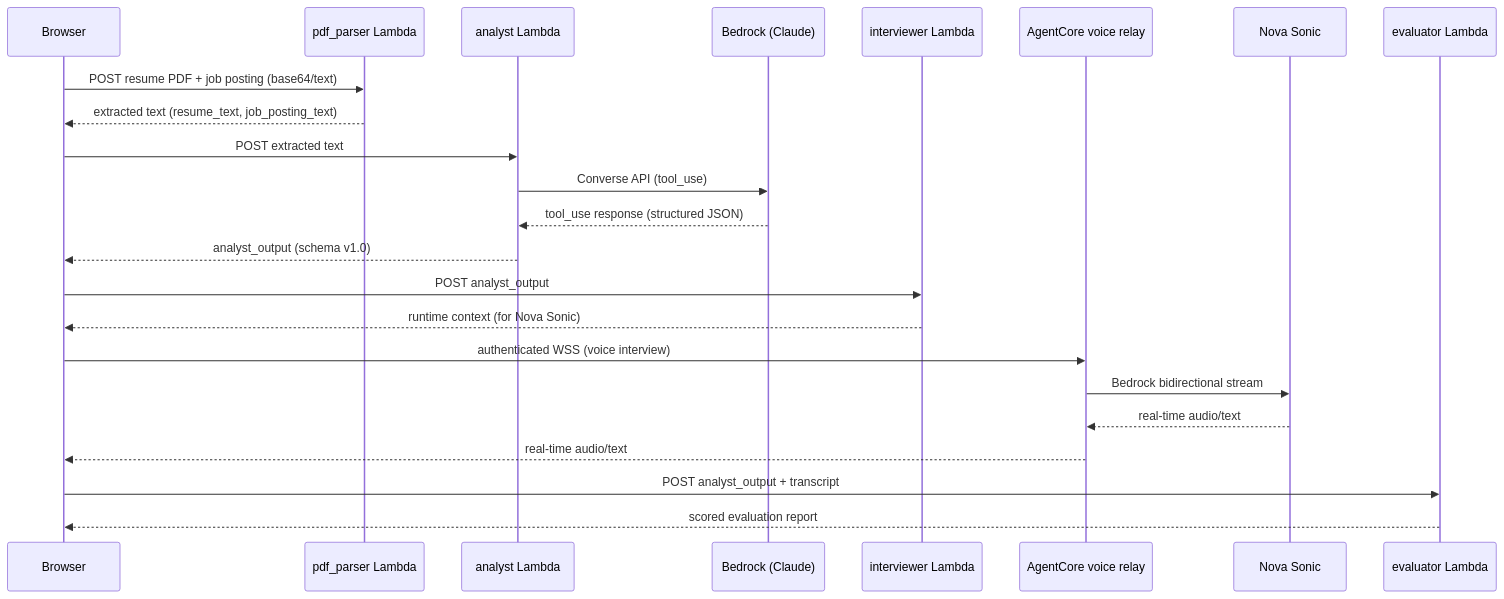
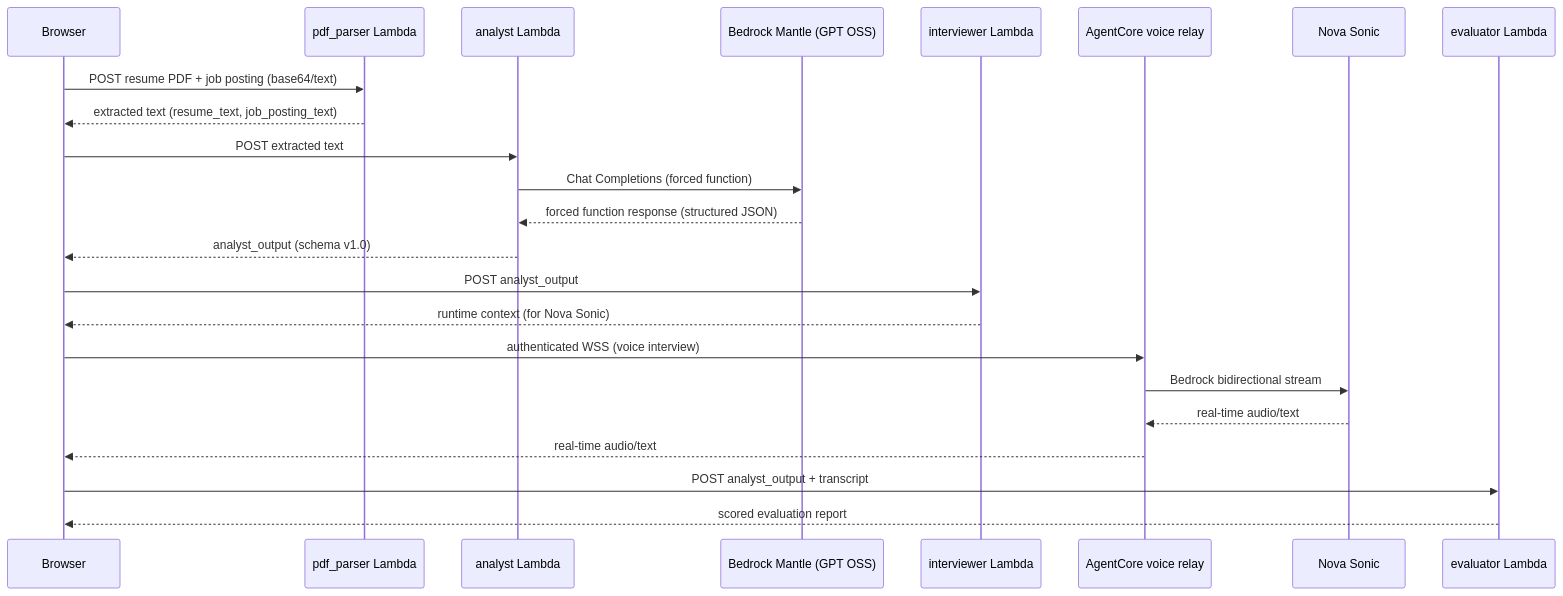
The first of 2 diagrams in .kiro/specs/resume-analysis-pipeline/design.md (Jade-ok/CIC_mock-interview-coach), drawn with Mermaid before and after one commit. The commit also changed other lines of this file and 34 other files, not shown here.

Commit message:
change model to gpt oss 120b

````diff
--- a/.kiro/specs/resume-analysis-pipeline/design.md
+++ b/.kiro/specs/resume-analysis-pipeline/design.md
@@ -24,26 +24,26 @@
 ```mermaid
 sequenceDiagram
     participant Browser
     participant PdfParser as pdf_parser Lambda
     participant Analyst as analyst Lambda
-    participant Bedrock as Bedrock (Claude)
+    participant Bedrock as Bedrock Mantle (GPT OSS)
     participant Interviewer as interviewer Lambda
     participant AgentCore as AgentCore voice relay
     participant NovaSonic as Nova Sonic
     participant Evaluator as evaluator Lambda
 
     Browser->>PdfParser: POST resume PDF + job posting (base64/text)
     PdfParser-->>Browser: extracted text (resume_text, job_posting_text)
     Browser->>Analyst: POST extracted text
-    Analyst->>Bedrock: Converse API (tool_use)
-    Bedrock-->>Analyst: tool_use response (structured JSON)
+    Analyst->>Bedrock: Chat Completions (forced function)
+    Bedrock-->>Analyst: forced function response (structured JSON)
     Analyst-->>Browser: analyst_output (schema v1.0)
     Browser->>Interviewer: POST analyst_output
     Interviewer-->>Browser: runtime context (for Nova Sonic)
     Browser->>AgentCore: authenticated WSS (voice interview)
     AgentCore->>NovaSonic: Bedrock bidirectional stream
     NovaSonic-->>AgentCore: real-time audio/text
     AgentCore-->>Browser: real-time audio/text
     Browser->>Evaluator: POST analyst_output + transcript
     Evaluator-->>Browser: scored evaluation report
 ```
````
